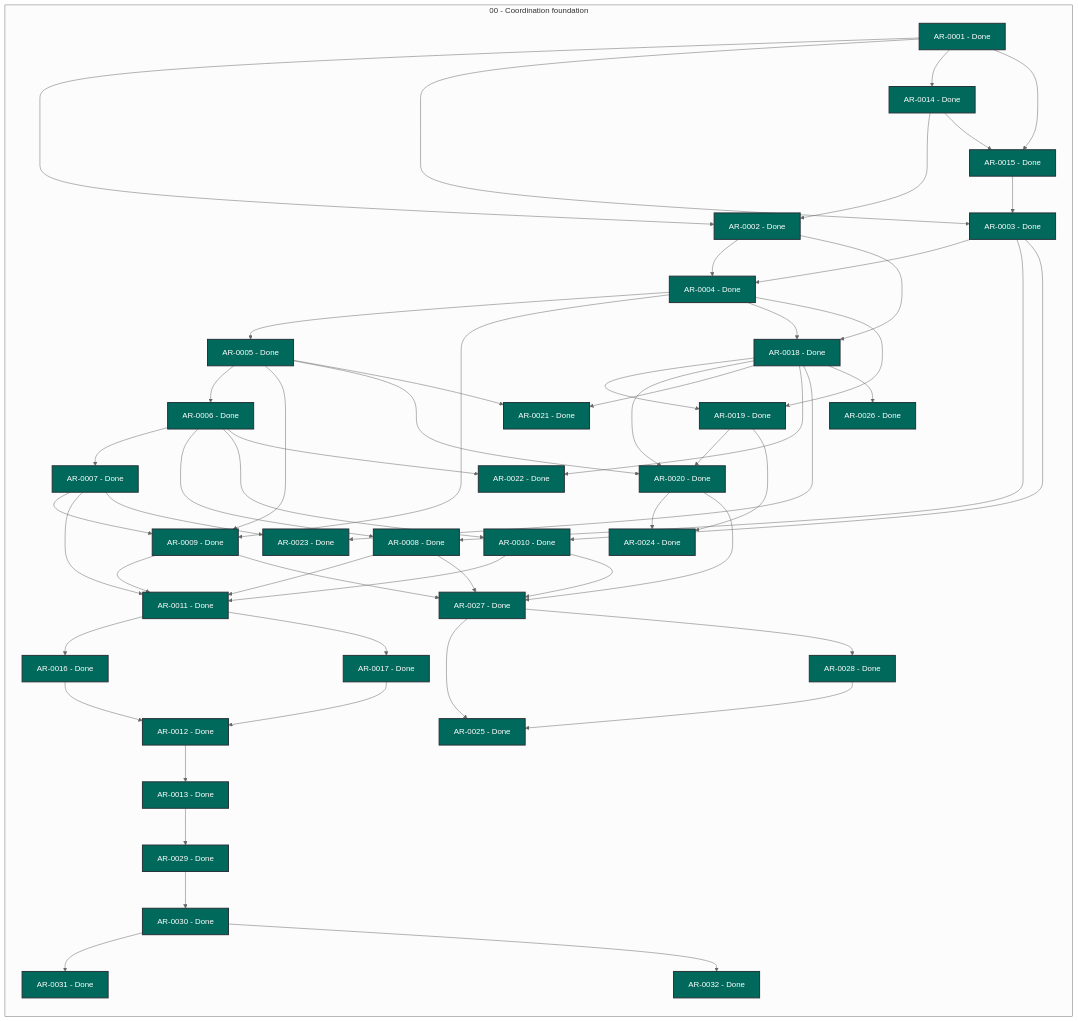
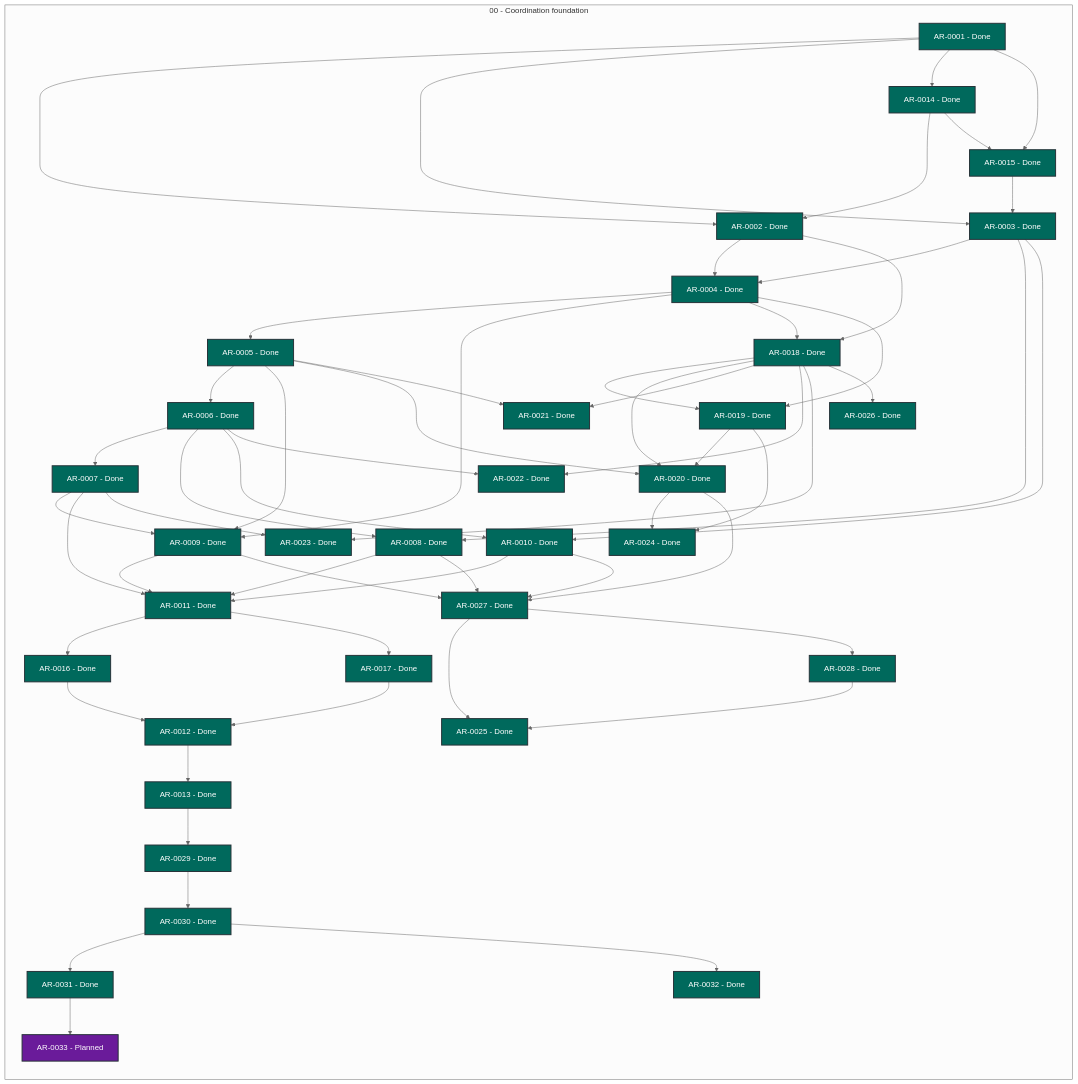
Before and after one commit to martin-beck/agent-workflow-tui-state: the diagram in STATUS.md, drawn with Mermaid (neutral theme). The commit also changed other lines of this file and 1 other file, not shown here.

```diff
--- a/STATUS.md
+++ b/STATUS.md
@@ -60,6 +60,7 @@
         AR_0030["AR-0030 - Done"]:::status_done
         AR_0031["AR-0031 - Done"]:::status_done
         AR_0032["AR-0032 - Done"]:::status_done
+        AR_0033["AR-0033 - Planned"]:::status_planned
     end
     AR_0001 --> AR_0002
     AR_0001 --> AR_0003
@@ -116,6 +117,7 @@
     AR_0029 --> AR_0030
     AR_0030 --> AR_0031
     AR_0030 --> AR_0032
+    AR_0031 --> AR_0033
     classDef status_in_progress fill:#1565c0,color:#ffffff,stroke:#263238,stroke-width:2px
     classDef status_open fill:#2e7d32,color:#ffffff,stroke:#263238,stroke-width:2px
     classDef status_blocked fill:#c62828,color:#ffffff,stroke:#263238,stroke-width:2px
```
